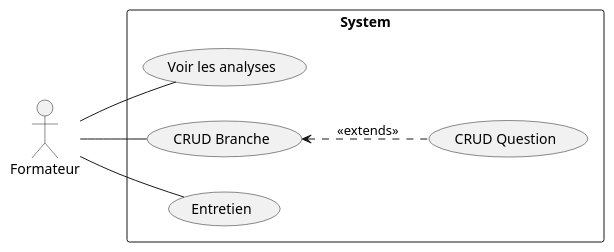
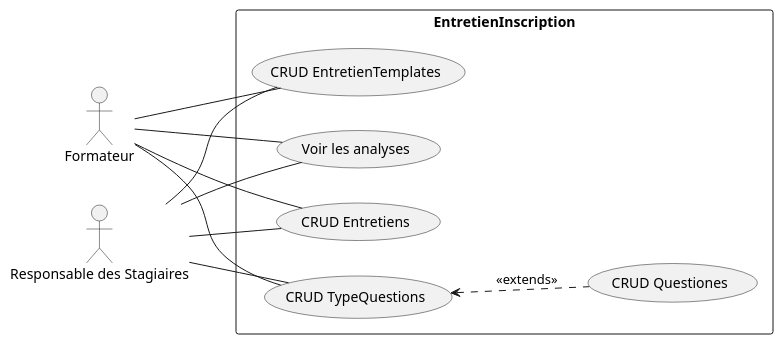
One commit to Suirita/File_rouge changed the diagram in Idéation/Cas_utilisation.pu. Above: the diagram before and after it, drawn with PlantUML. The commit also changed 113 other files, not shown here.

```diff
--- a/Idéation/Cas_utilisation.pu
+++ b/Idéation/Cas_utilisation.pu
@@ -1,14 +1,26 @@
 @startuml Cas_utilisation
 left to right direction
+
 actor "Formateur" as fr
-rectangle System {
+actor "Responsable des Stagiaires" as rs
+
+rectangle EntretienInscription {
   usecase "Voir les analyses" as UC1
-  usecase "CRUD Branche" as UC2
-  usecase "CRUD Question" as UC3
-  usecase "Entretien" as UC4
+  usecase "CRUD EntretienTemplates" as UC2
+  usecase "CRUD TypeQuestions" as UC3
+  usecase "CRUD Questiones" as UC4
+  usecase "CRUD Entretiens" as UC5
 }
+
 fr -- UC1
 fr -- UC2
-UC2 <.. UC3 : <<extends>>
-fr -- UC4
+fr -- UC3
+fr -- UC5
+
+rs -- UC1
+rs -- UC2
+rs -- UC3
+rs -- UC5
+
+UC3 <.. UC4 : <<extends>>
 @enduml
```
